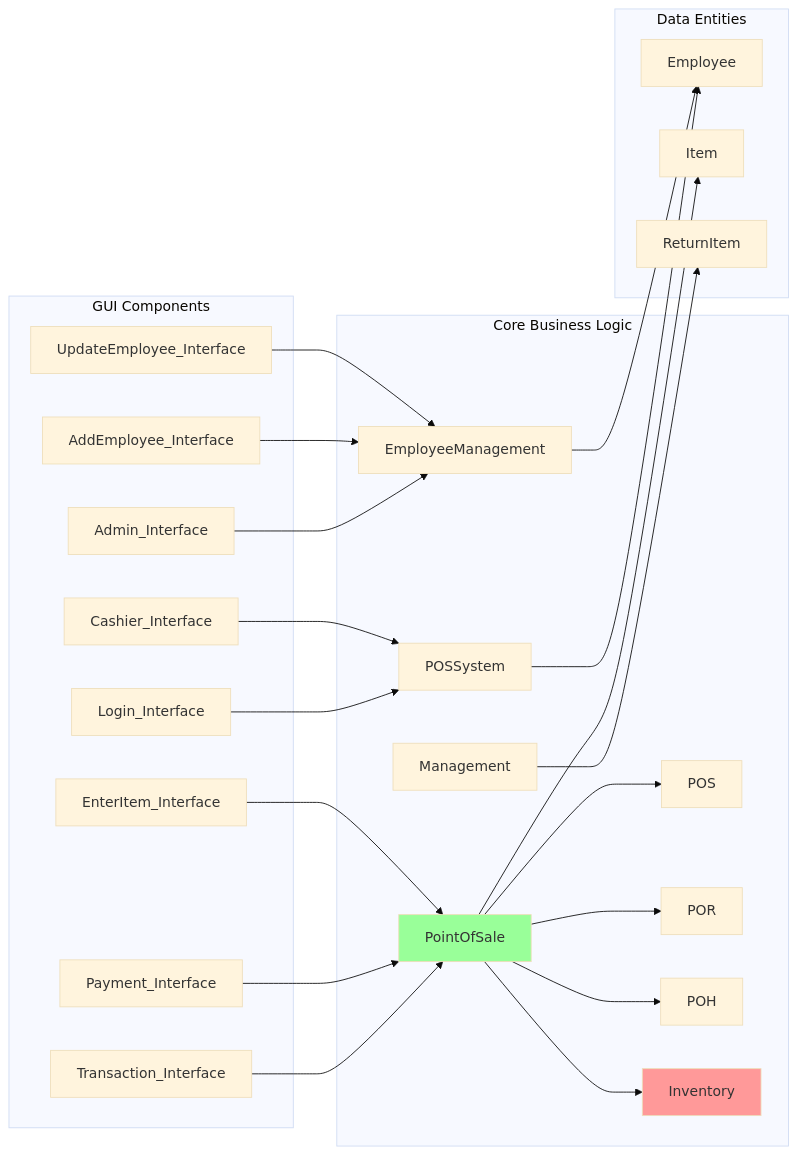
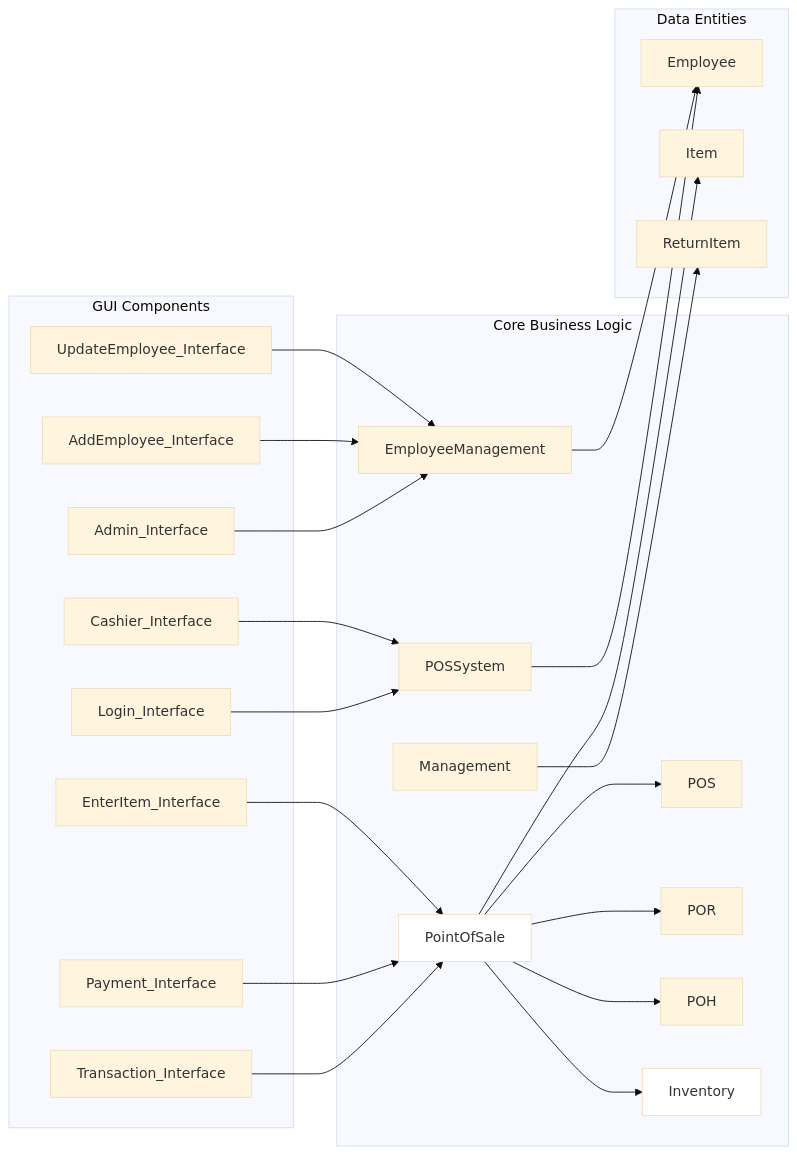
Before and after one commit to MasterOz786/Re-Engineering-POS: the second of 23 diagrams in legacy/DIAGRAMS.md, drawn with Mermaid (base theme). The commit also changed other lines of this file, not shown here.

Commit message:
Update all diagrams to use white backgrounds

````diff
--- a/legacy/DIAGRAMS.md
+++ b/legacy/DIAGRAMS.md
@@ -84,51 +84,51 @@
 ```mermaid
 graph LR
     subgraph "GUI Components"
         A[Login_Interface]
         B[Cashier_Interface]
         C[Admin_Interface]
         D[Transaction_Interface]
         E[Payment_Interface]
         F[EnterItem_Interface]
         G[AddEmployee_Interface]
         H[UpdateEmployee_Interface]
     end
     
     subgraph "Core Business Logic"
         I[POSSystem]
         J[EmployeeManagement]
         K[PointOfSale]
         L[POS]
         M[POR]
         N[POH]
         O[Inventory]
         P[Management]
     end
     
     subgraph "Data Entities"
         Q[Employee]
         R[Item]
         S[ReturnItem]
     end
     
     A --> I
     B --> I
     C --> J
     D --> K
     E --> K
     F --> K
     G --> J
     H --> J
     
     I --> Q
     J --> Q
     K --> L
     K --> M
     K --> N
     K --> O
     K --> R
     P --> S
     
-    style O fill:#ff9999
-    style K fill:#99ff99
+    style O fill:#ffffff
+    style K fill:#ffffff
 ```
````
